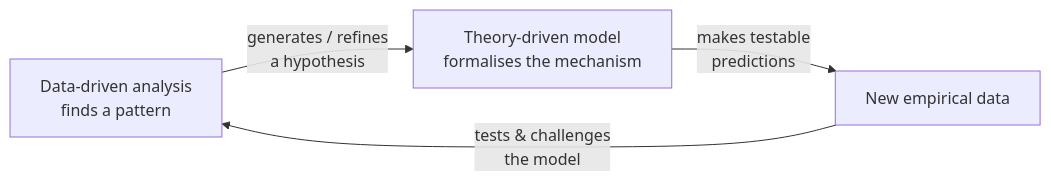
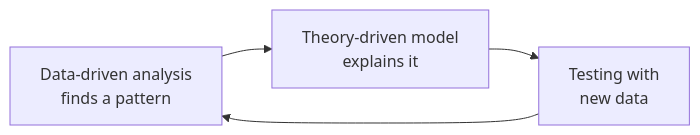
Before and after one commit to rSith/Obsidian-CS-Vault: the third of 3 diagrams in 07. Research/Computational Psychiatry/03. Theory-driven vs Data-driven Approaches.md, drawn with Mermaid. The commit also changed other lines of this file and 16 other files, not shown here.

````diff
--- a/07. Research/Computational Psychiatry/03. Theory-driven vs Data-driven Approaches.md
+++ b/07. Research/Computational Psychiatry/03. Theory-driven vs Data-driven Approaches.md
@@ -81,6 +66,4 @@
 ```mermaid
 flowchart LR
-    DD["Data-driven analysis<br/>finds a pattern"] -->|"generates / refines<br/>a hypothesis"| TH["Theory-driven model<br/>formalises the mechanism"]
-    TH -->|"makes testable<br/>predictions"| EMP["New empirical data"]
-    EMP -->|"tests & challenges<br/>the model"| DD
+    A["Data-driven analysis<br/>finds a pattern"] --> B["Theory-driven model<br/>explains it"] --> C["Testing with<br/>new data"] --> A
 ```
````
